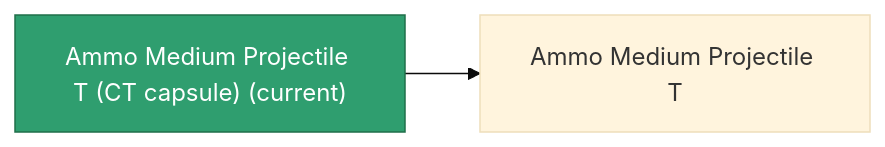
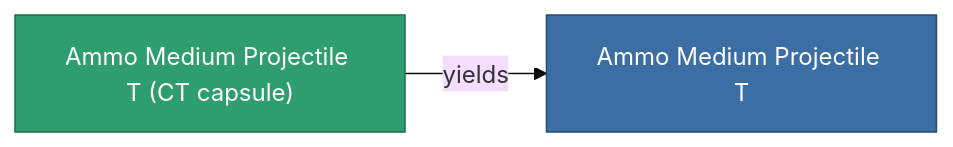
One commit to OpenPerpetuum/Wiki changed the diagram in content/content/items/ammo_medium_projectile_t_CT_capsule.md. Above: the diagram before and after it, drawn with Mermaid (base theme). The commit also changed other lines of this file and 2015 other files, not shown here.

````diff
--- a/content/content/items/ammo_medium_projectile_t_CT_capsule.md
+++ b/content/content/items/ammo_medium_projectile_t_CT_capsule.md
@@ -33,8 +33,9 @@
 ```mermaid
 graph LR
-    a["Ammo Medium Projectile T (CT capsule) (current)"]:::current
-    b["Ammo Medium Projectile T"]
-    a --> b
-    click b "/content/items/ammo-medium-projectile-t/" "Ammo Medium Projectile T"
+    a["Ammo Medium Projectile T (CT capsule)"]:::current
+    b["Ammo Medium Projectile T"]:::finished
+    a -->|yields| b
+                click b "/content/items/ammo-medium-projectile-t/" "Ammo Medium Projectile T"
     classDef current fill:#2f9e6f,stroke:#1f6f4a,color:#ffffff
+    classDef finished fill:#3b6ea5,stroke:#274a75,color:#ffffff
 ```
````
